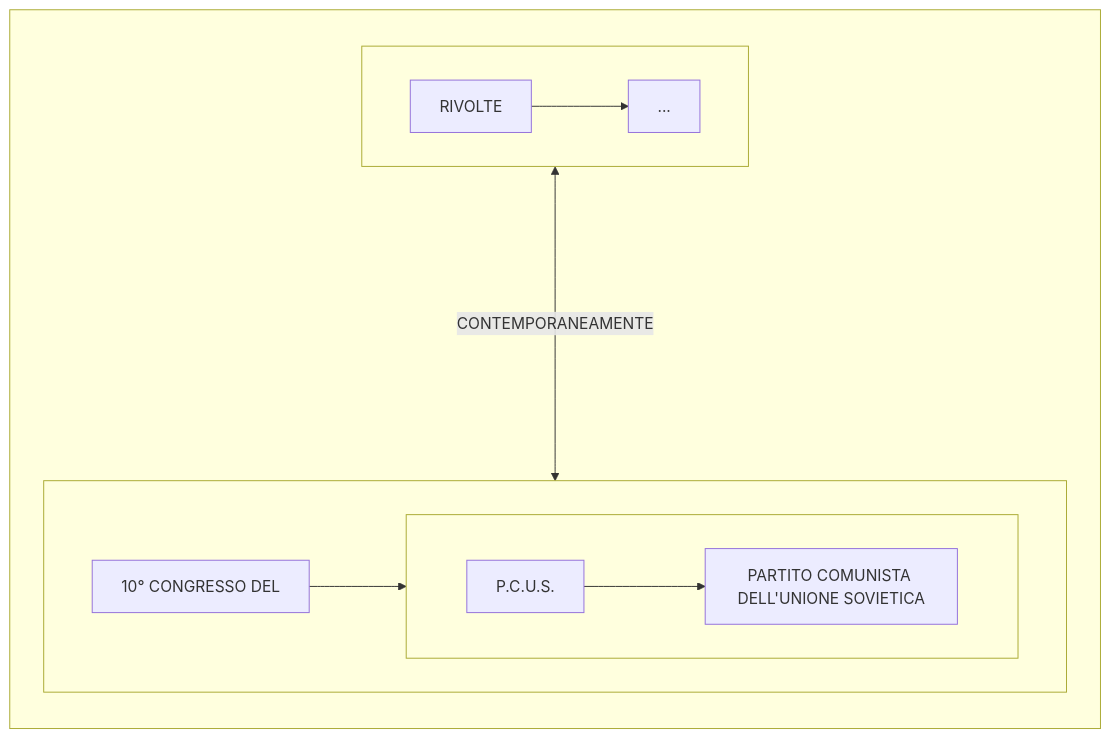
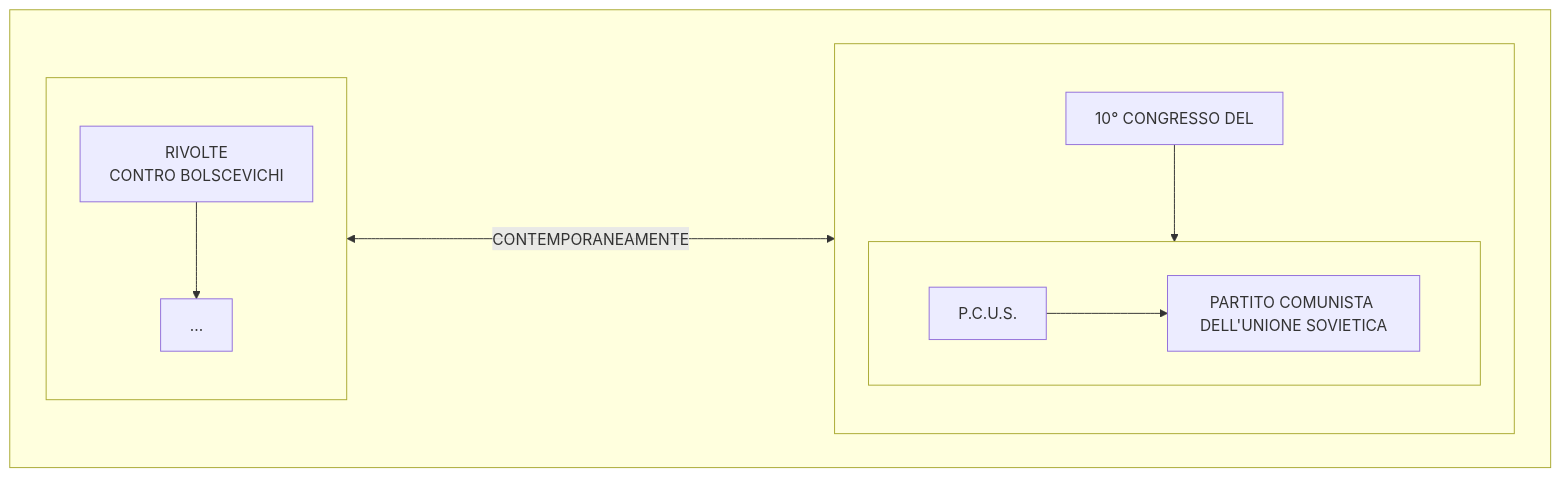
The diagram in prova.md (Laaouatni/ricerca-storia-MermaidJS), drawn with Mermaid before and after one commit.

````diff
--- a/prova.md
+++ b/prova.md
@@ -1,21 +1,22 @@
 ```mermaid
-flowchart LR
+flowchart TB
   subgraph 0[" "]
     subgraph 01[" "]
-      010[RIVOLTE]
+      010[RIVOLTE <br> CONTRO BOLSCEVICHI]
       011[...]
       010 --> 011
     end
     subgraph 02[" "]
+      direction TB
       020[10° CONGRESSO DEL]
       subgraph 023[" "]
         direction LR
         021[P.C.U.S.]
         0210[PARTITO COMUNISTA DELL'UNIONE SOVIETICA]
         021 --> 0210
       end
       020 --> 023
     end
     01 <----->|CONTEMPORANEAMENTE| 02
   end
 ```
````
